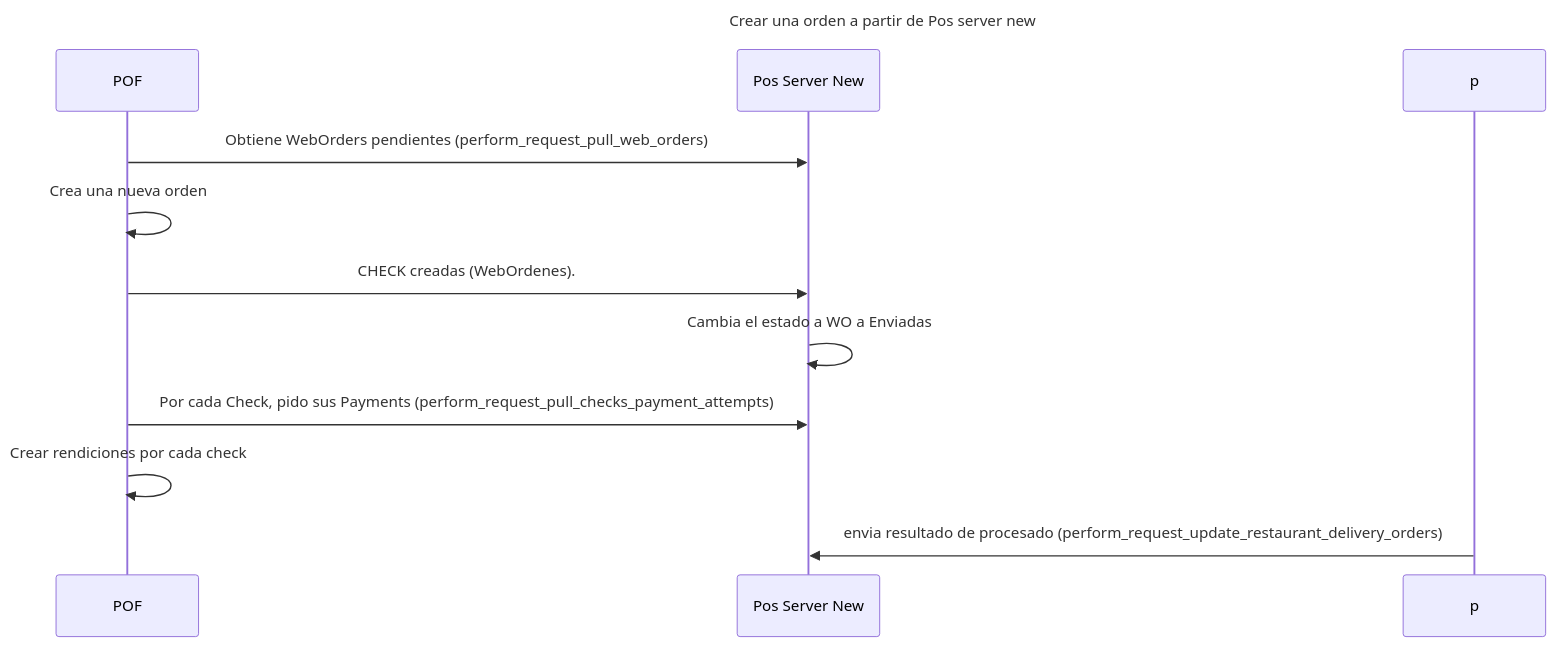
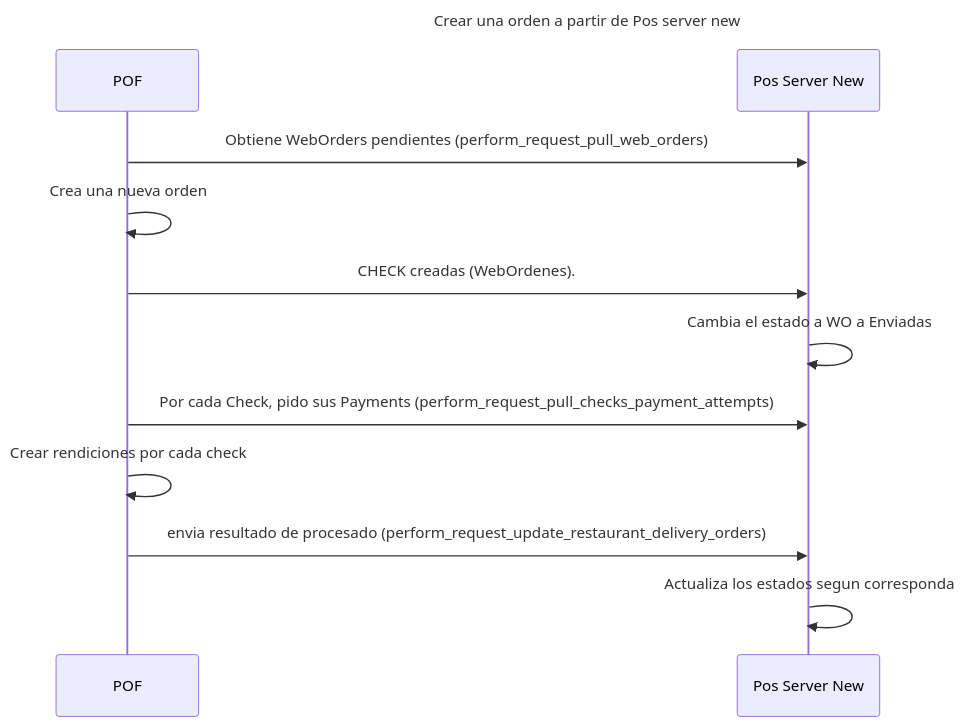
Before and after one commit to javix70/personal_obsidian: the second of 2 diagrams in 100_niufoods/03_projects/pof/documentation/check (order)/diagrams.md, drawn with Mermaid. The commit also changed 4 other files, not shown here.

````diff
--- a/100_niufoods/03_projects/pof/documentation/check (order)/diagrams.md
+++ b/100_niufoods/03_projects/pof/documentation/check (order)/diagrams.md
@@ -27,16 +27,17 @@
 ```mermaid
 ---
 title: Crear una orden a partir de Pos server new
 ---
 sequenceDiagram
 	participant P as POF
 	participant PSN as Pos Server New
 
 	P->>PSN: Obtiene WebOrders pendientes (perform_request_pull_web_orders)
 	P->>P: Crea una nueva orden
 	P->>PSN: CHECK creadas (WebOrdenes).
 	PSN->>PSN: Cambia el estado a WO a Enviadas
 	P->>PSN: Por cada Check, pido sus Payments (perform_request_pull_checks_payment_attempts)
 	P->>P: Crear rendiciones por cada check
-	p->>PSN: envia resultado de procesado (perform_request_update_restaurant_delivery_orders)
+	P->>PSN: envia resultado de procesado (perform_request_update_restaurant_delivery_orders)
+	PSN->>PSN: Actualiza los estados segun corresponda
 ```
````
